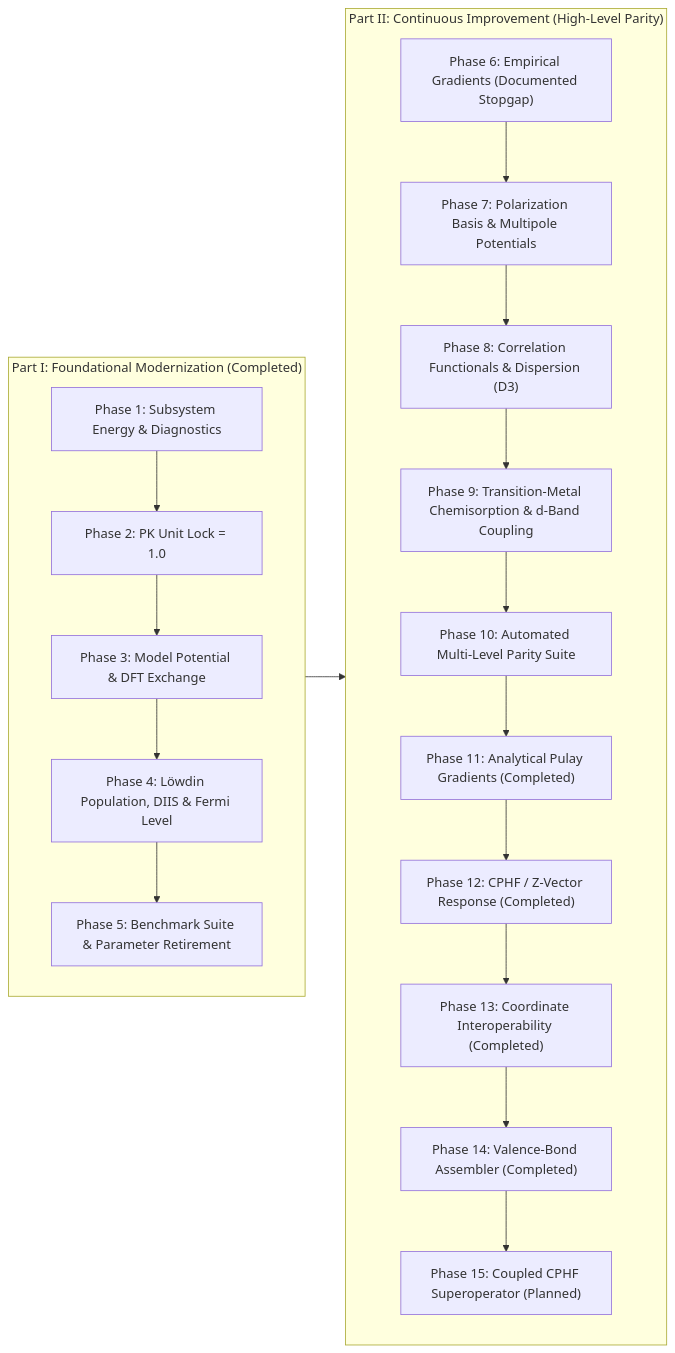
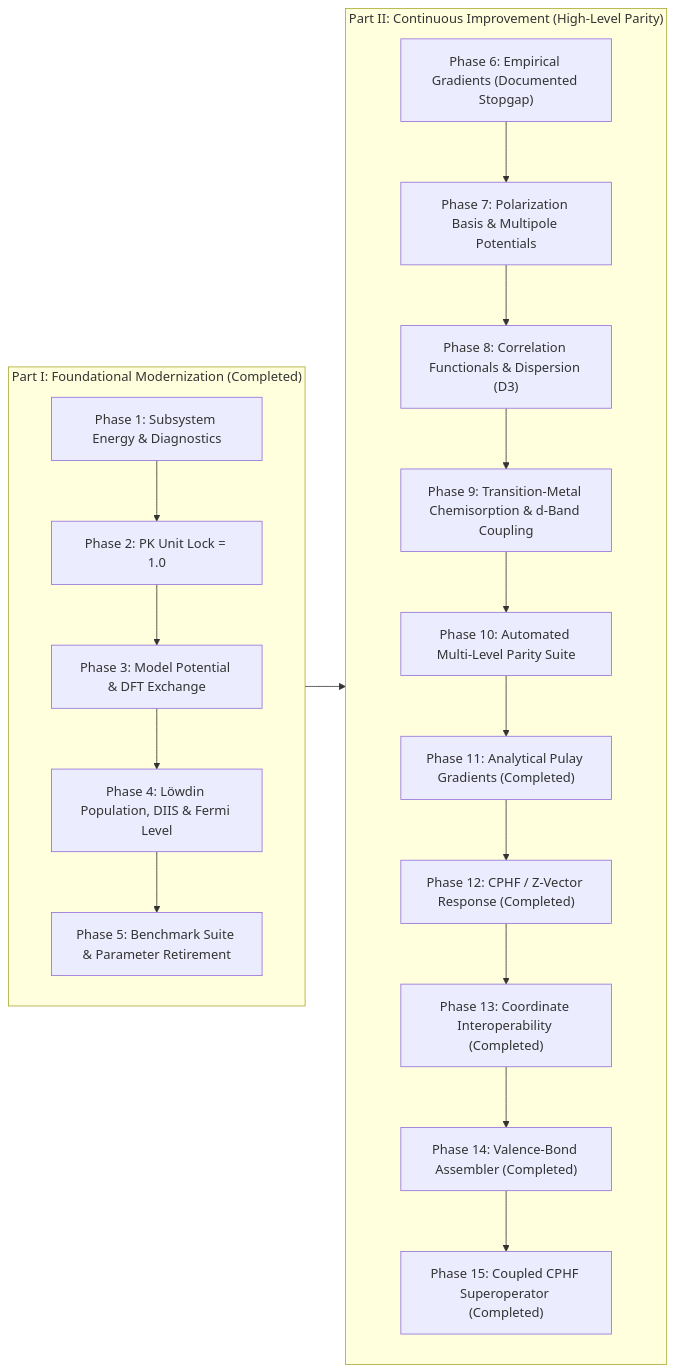
The diagram in ROADMAP.md (JackS9/phatpsy2), drawn with Mermaid before and after one commit. The commit also changed other lines of this file and 11 other files, not shown here.

First line of the commit message:
feat(cphf): implement Phase 15 coupled CPHF superoperator response and analytical Lagrangian

````diff
--- a/ROADMAP.md
+++ b/ROADMAP.md
@@ -183,27 +185,27 @@
 ```mermaid
 flowchart LR
     subgraph Part1["Part I: Foundational Modernization (Completed)"]
         P1["Phase 1: Subsystem Energy & Diagnostics"]
         P2["Phase 2: PK Unit Lock = 1.0"]
         P3["Phase 3: Model Potential & DFT Exchange"]
         P4["Phase 4: Löwdin Population, DIIS & Fermi Level"]
         P5["Phase 5: Benchmark Suite & Parameter Retirement"]
         P1 --> P2 --> P3 --> P4 --> P5
     end
 
     subgraph Part2["Part II: Continuous Improvement (High-Level Parity)"]
         P6["Phase 6: Empirical Gradients (Documented Stopgap)"]
         P7["Phase 7: Polarization Basis & Multipole Potentials"]
         P8["Phase 8: Correlation Functionals & Dispersion (D3)"]
         P9["Phase 9: Transition-Metal Chemisorption & d-Band Coupling"]
         P10["Phase 10: Automated Multi-Level Parity Suite"]
         P11["Phase 11: Analytical Pulay Gradients (Completed)"]
         P12["Phase 12: CPHF / Z-Vector Response (Completed)"]
         P13["Phase 13: Coordinate Interoperability (Completed)"]
         P14["Phase 14: Valence-Bond Assembler (Completed)"]
-        P15["Phase 15: Coupled CPHF Superoperator (Planned)"]
+        P15["Phase 15: Coupled CPHF Superoperator (Completed)"]
         P6 --> P7 --> P8 --> P9 --> P10 --> P11 --> P12 --> P13 --> P14 --> P15
     end
 
     Part1 --> Part2
 ```
````
